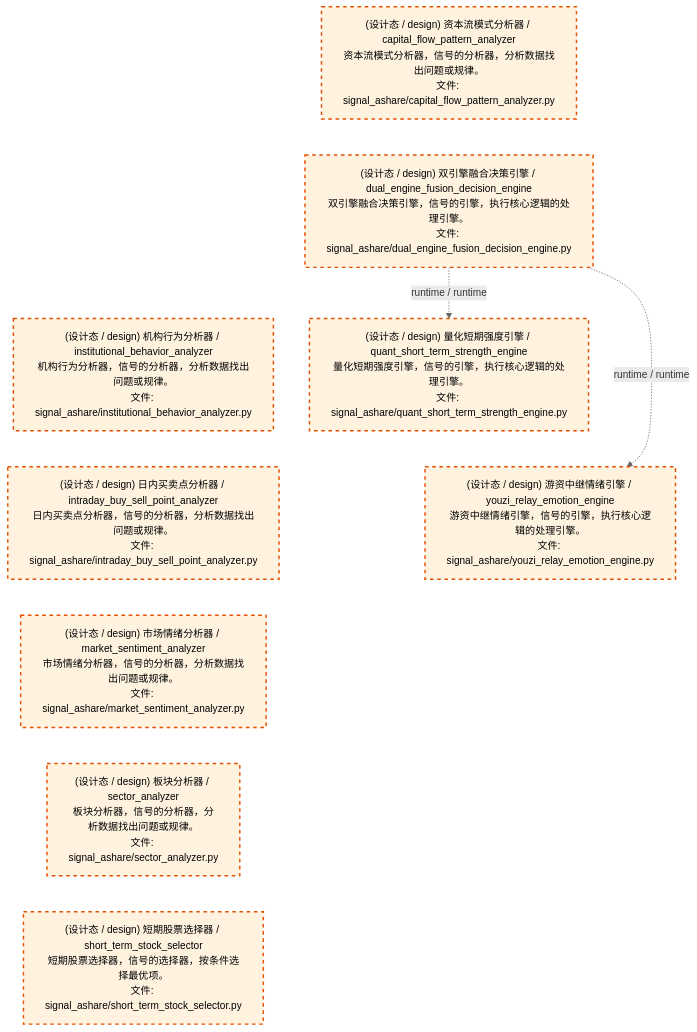
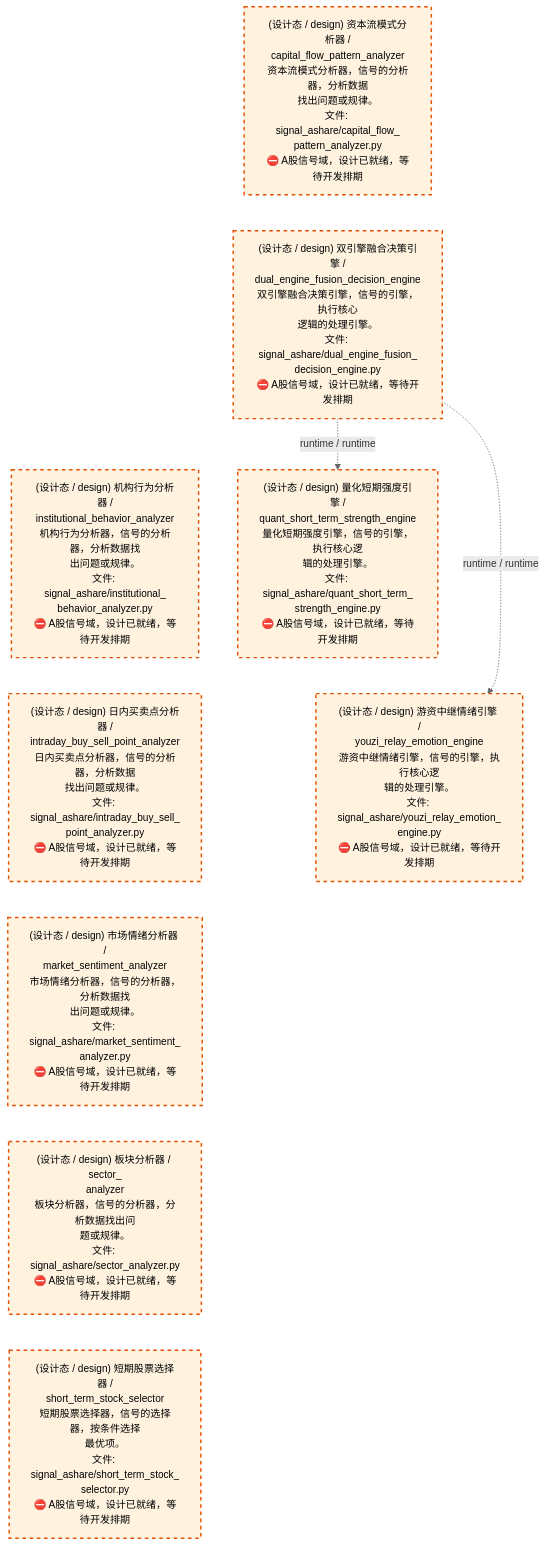
Before and after one commit to xuanFelixVan/ZephyrAlpha: the third of 4 diagrams in docs/02_enterprise_architecture/02_domain_architecture_docs/32_d_ashare_signal.md, drawn with Mermaid. The commit also changed other lines of this file and 59 other files, not shown here.

````diff
--- a/docs/02_enterprise_architecture/02_domain_architecture_docs/32_d_ashare_signal.md
+++ b/docs/02_enterprise_architecture/02_domain_architecture_docs/32_d_ashare_signal.md
@@ -130,27 +130,27 @@
 ```mermaid
 %%{init: {'theme': 'base', 'themeVariables': {'primaryColor': '#eaeaea', 'primaryTextColor': '#333333', 'primaryBorderColor': '#666666', 'lineColor': '#666666', 'secondaryColor': '#eaeaea', 'tertiaryColor': '#eaeaea', 'fontSize': '14px'}}}%%
 flowchart TD
-    src_zephyr_signal_ashare_capital_flow_pattern_analyzer_py["(设计态 / design) 资本流模式分析器 / capital_flow_pattern_analyzer<br/>资本流模式分析器，信号的分析器，分析数据找出问题或规律。<br/>文件: signal_ashare/capital_flow_pattern_analyzer.py"]
-    src_zephyr_signal_ashare_dual_engine_fusion_decision_engine_py["(设计态 / design) 双引擎融合决策引擎 / dual_engine_fusion_decision_engine<br/>双引擎融合决策引擎，信号的引擎，执行核心逻辑的处理引擎。<br/>文件: signal_ashare/dual_engine_fusion_decision_engine.py"]
-    src_zephyr_signal_ashare_institutional_behavior_analyzer_py["(设计态 / design) 机构行为分析器 / institutional_behavior_analyzer<br/>机构行为分析器，信号的分析器，分析数据找出问题或规律。<br/>文件: signal_ashare/institutional_behavior_analyzer.py"]
-    src_zephyr_signal_ashare_intraday_buy_sell_point_analyzer_py["(设计态 / design) 日内买卖点分析器 / intraday_buy_sell_point_analyzer<br/>日内买卖点分析器，信号的分析器，分析数据找出问题或规律。<br/>文件: signal_ashare/intraday_buy_sell_point_analyzer.py"]
-    src_zephyr_signal_ashare_market_sentiment_analyzer_py["(设计态 / design) 市场情绪分析器 / market_sentiment_analyzer<br/>市场情绪分析器，信号的分析器，分析数据找出问题或规律。<br/>文件: signal_ashare/market_sentiment_analyzer.py"]
-    src_zephyr_signal_ashare_sector_analyzer_py["(设计态 / design) 板块分析器 / sector_analyzer<br/>板块分析器，信号的分析器，分析数据找出问题或规律。<br/>文件: signal_ashare/sector_analyzer.py"]
-    src_zephyr_signal_ashare_short_term_stock_selector_py["(设计态 / design) 短期股票选择器 / short_term_stock_selector<br/>短期股票选择器，信号的选择器，按条件选择最优项。<br/>文件: signal_ashare/short_term_stock_selector.py"]
+    src_zephyr_signal_ashare_capital_flow_pattern_analyzer_py["(设计态 / design) 资本流模式分析器 /<br/>capital_flow_pattern_analyzer<br/>资本流模式分析器，信号的分析器，分析数据<br/>找出问题或规律。<br/>文件: signal_ashare/capital_flow_<br/>pattern_analyzer.py<br/>⛔ A股信号域，设计已就绪，等待开发排期"]
+    src_zephyr_signal_ashare_dual_engine_fusion_decision_engine_py["(设计态 / design) 双引擎融合决策引擎 /<br/>dual_engine_fusion_decision_engine<br/>双引擎融合决策引擎，信号的引擎，执行核心<br/>逻辑的处理引擎。<br/>文件: signal_ashare/dual_engine_fusion_<br/>decision_engine.py<br/>⛔ A股信号域，设计已就绪，等待开发排期"]
+    src_zephyr_signal_ashare_institutional_behavior_analyzer_py["(设计态 / design) 机构行为分析器 /<br/>institutional_behavior_analyzer<br/>机构行为分析器，信号的分析器，分析数据找<br/>出问题或规律。<br/>文件: signal_ashare/institutional_<br/>behavior_analyzer.py<br/>⛔ A股信号域，设计已就绪，等待开发排期"]
+    src_zephyr_signal_ashare_intraday_buy_sell_point_analyzer_py["(设计态 / design) 日内买卖点分析器 /<br/>intraday_buy_sell_point_analyzer<br/>日内买卖点分析器，信号的分析器，分析数据<br/>找出问题或规律。<br/>文件: signal_ashare/intraday_buy_sell_<br/>point_analyzer.py<br/>⛔ A股信号域，设计已就绪，等待开发排期"]
+    src_zephyr_signal_ashare_market_sentiment_analyzer_py["(设计态 / design) 市场情绪分析器 /<br/>market_sentiment_analyzer<br/>市场情绪分析器，信号的分析器，分析数据找<br/>出问题或规律。<br/>文件: signal_ashare/market_sentiment_<br/>analyzer.py<br/>⛔ A股信号域，设计已就绪，等待开发排期"]
+    src_zephyr_signal_ashare_sector_analyzer_py["(设计态 / design) 板块分析器 / sector_<br/>analyzer<br/>板块分析器，信号的分析器，分析数据找出问<br/>题或规律。<br/>文件: signal_ashare/sector_analyzer.py<br/>⛔ A股信号域，设计已就绪，等待开发排期"]
+    src_zephyr_signal_ashare_short_term_stock_selector_py["(设计态 / design) 短期股票选择器 /<br/>short_term_stock_selector<br/>短期股票选择器，信号的选择器，按条件选择<br/>最优项。<br/>文件: signal_ashare/short_term_stock_<br/>selector.py<br/>⛔ A股信号域，设计已就绪，等待开发排期"]
     src_zephyr_signal_ashare_capital_flow_pattern_analyzer_py ~~~ src_zephyr_signal_ashare_dual_engine_fusion_decision_engine_py
     src_zephyr_signal_ashare_dual_engine_fusion_decision_engine_py ~~~ src_zephyr_signal_ashare_institutional_behavior_analyzer_py
     src_zephyr_signal_ashare_institutional_behavior_analyzer_py ~~~ src_zephyr_signal_ashare_intraday_buy_sell_point_analyzer_py
     src_zephyr_signal_ashare_intraday_buy_sell_point_analyzer_py ~~~ src_zephyr_signal_ashare_market_sentiment_analyzer_py
     src_zephyr_signal_ashare_market_sentiment_analyzer_py ~~~ src_zephyr_signal_ashare_sector_analyzer_py
     src_zephyr_signal_ashare_sector_analyzer_py ~~~ src_zephyr_signal_ashare_short_term_stock_selector_py
-    src_zephyr_signal_ashare_quant_short_term_strength_engine_py["(设计态 / design) 量化短期强度引擎 / quant_short_term_strength_engine<br/>量化短期强度引擎，信号的引擎，执行核心逻辑的处理引擎。<br/>文件: signal_ashare/quant_short_term_strength_engine.py"]
-    src_zephyr_signal_ashare_youzi_relay_emotion_engine_py["(设计态 / design) 游资中继情绪引擎 / youzi_relay_emotion_engine<br/>游资中继情绪引擎，信号的引擎，执行核心逻辑的处理引擎。<br/>文件: signal_ashare/youzi_relay_emotion_engine.py"]
+    src_zephyr_signal_ashare_quant_short_term_strength_engine_py["(设计态 / design) 量化短期强度引擎 /<br/>quant_short_term_strength_engine<br/>量化短期强度引擎，信号的引擎，执行核心逻<br/>辑的处理引擎。<br/>文件: signal_ashare/quant_short_term_<br/>strength_engine.py<br/>⛔ A股信号域，设计已就绪，等待开发排期"]
+    src_zephyr_signal_ashare_youzi_relay_emotion_engine_py["(设计态 / design) 游资中继情绪引擎 /<br/>youzi_relay_emotion_engine<br/>游资中继情绪引擎，信号的引擎，执行核心逻<br/>辑的处理引擎。<br/>文件: signal_ashare/youzi_relay_emotion_<br/>engine.py<br/>⛔ A股信号域，设计已就绪，等待开发排期"]
     src_zephyr_signal_ashare_quant_short_term_strength_engine_py ~~~ src_zephyr_signal_ashare_youzi_relay_emotion_engine_py
     src_zephyr_signal_ashare_dual_engine_fusion_decision_engine_py -.->|runtime / runtime| src_zephyr_signal_ashare_youzi_relay_emotion_engine_py
     src_zephyr_signal_ashare_dual_engine_fusion_decision_engine_py -.->|runtime / runtime| src_zephyr_signal_ashare_quant_short_term_strength_engine_py
     classDef production fill:#e1f5fe,stroke:#01579b,stroke-width:2px,color:#000
     classDef design fill:#fff3e0,stroke:#e65100,stroke-width:2px,color:#000,stroke-dasharray: 5 5
     classDef external_prod fill:#e8f4fd,stroke:#0277bd,stroke-width:1px,color:#000
     classDef external_design fill:#fff8e7,stroke:#ef6c00,stroke-width:1px,color:#000,stroke-dasharray: 5 5
     class src_zephyr_signal_ashare_capital_flow_pattern_analyzer_py,src_zephyr_signal_ashare_dual_engine_fusion_decision_engine_py,src_zephyr_signal_ashare_institutional_behavior_analyzer_py,src_zephyr_signal_ashare_intraday_buy_sell_point_analyzer_py,src_zephyr_signal_ashare_market_sentiment_analyzer_py,src_zephyr_signal_ashare_quant_short_term_strength_engine_py,src_zephyr_signal_ashare_sector_analyzer_py,src_zephyr_signal_ashare_short_term_stock_selector_py,src_zephyr_signal_ashare_youzi_relay_emotion_engine_py design
 ```
````
